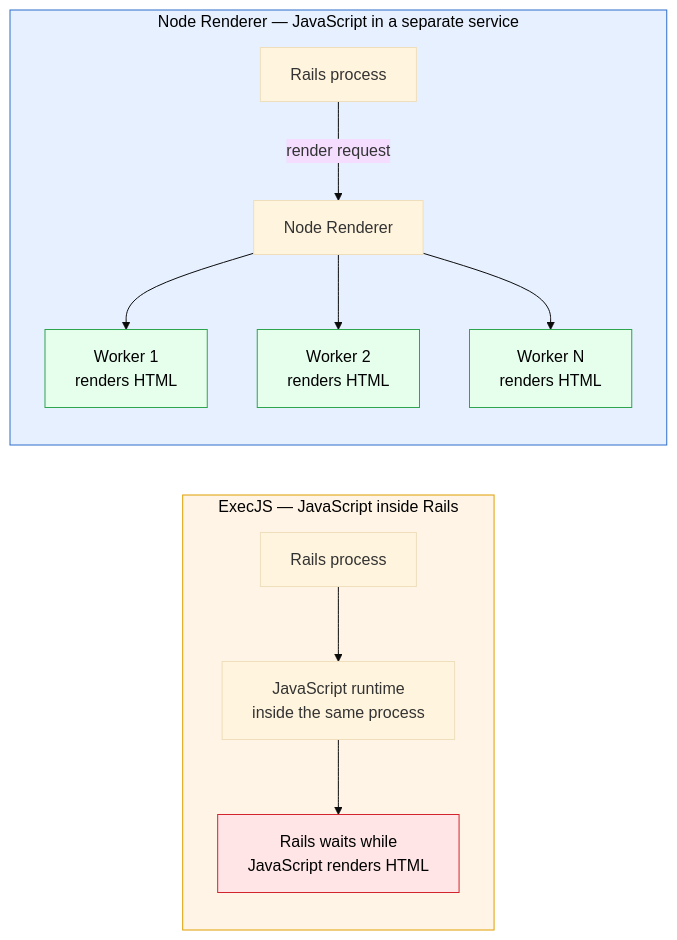
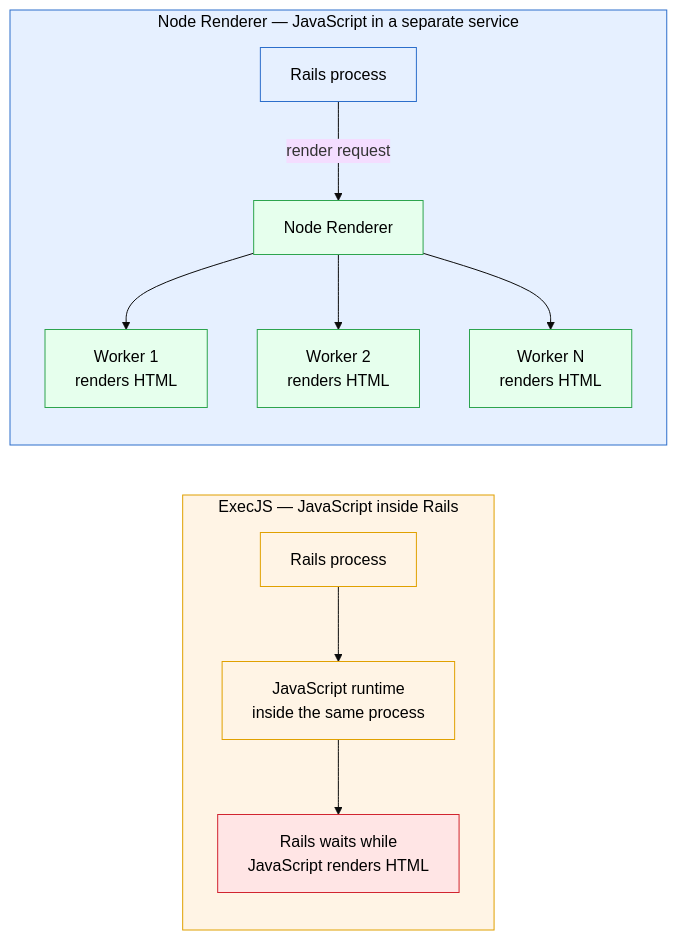
One commit to shakacode/react_on_rails changed the first of 5 diagrams in docs/pro/node-renderer.md. Above: the diagram before and after it, drawn with Mermaid (base theme). The commit also changed other lines of this file and 1 other file, not shown here.

Commit message:
docs(pro): polish node renderer diagrams

````diff
--- a/docs/pro/node-renderer.md
+++ b/docs/pro/node-renderer.md
@@ -23,21 +23,25 @@
 ```mermaid
 flowchart LR
     subgraph Exec["ExecJS — JavaScript inside Rails"]
         direction TB
         E1["Rails process"] --> E2["JavaScript runtime<br/>inside the same process"]
         E2 --> E3["Rails waits while<br/>JavaScript renders HTML"]
     end
     subgraph Node["Node Renderer — JavaScript in a separate service"]
         direction TB
         N1["Rails process"] -- "render request" --> N2["Node Renderer"]
         N2 --> N3["Worker 1<br/>renders HTML"]
         N2 --> N4["Worker 2<br/>renders HTML"]
         N2 --> N5["Worker N<br/>renders HTML"]
     end
     style Exec fill:#fff4e5,stroke:#e0a000,color:#000
+    style E1 fill:#fff4e5,stroke:#e0a000,color:#000
+    style E2 fill:#fff4e5,stroke:#e0a000,color:#000
     style E3 fill:#ffe5e5,stroke:#d1242f,color:#000
     style Node fill:#e6f0ff,stroke:#2c6ecb,color:#000
+    style N1 fill:#e6f0ff,stroke:#2c6ecb,color:#000
+    style N2 fill:#e6ffed,stroke:#2da44e,color:#000
     style N3 fill:#e6ffed,stroke:#2da44e,color:#000
     style N4 fill:#e6ffed,stroke:#2da44e,color:#000
     style N5 fill:#e6ffed,stroke:#2da44e,color:#000
 ```
````
